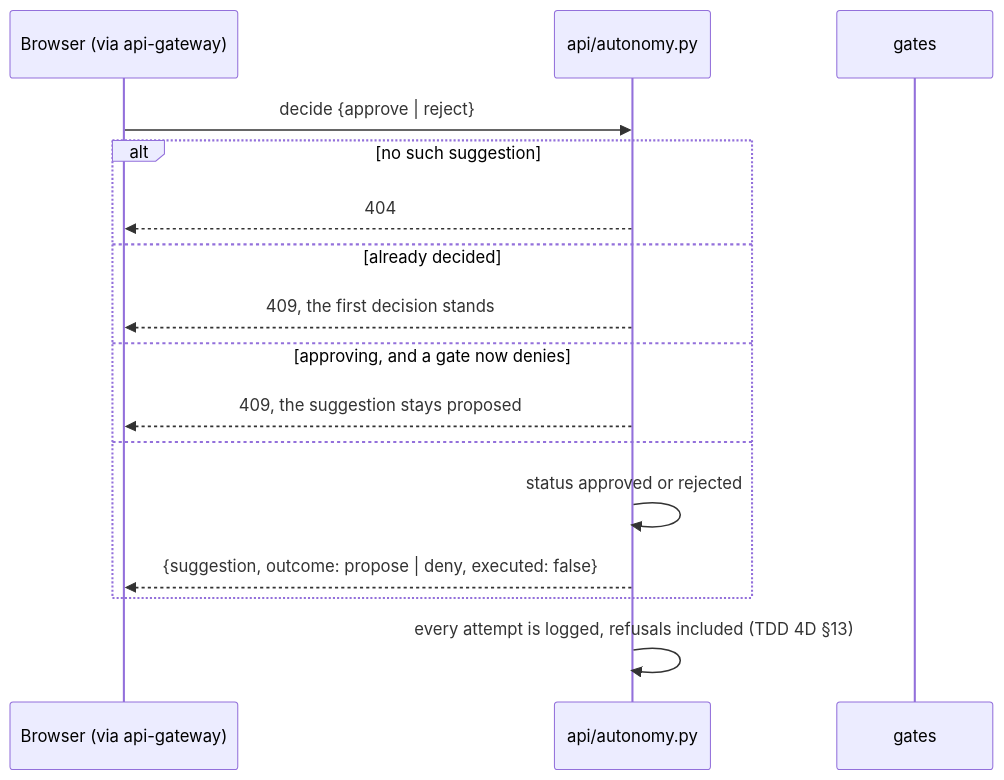
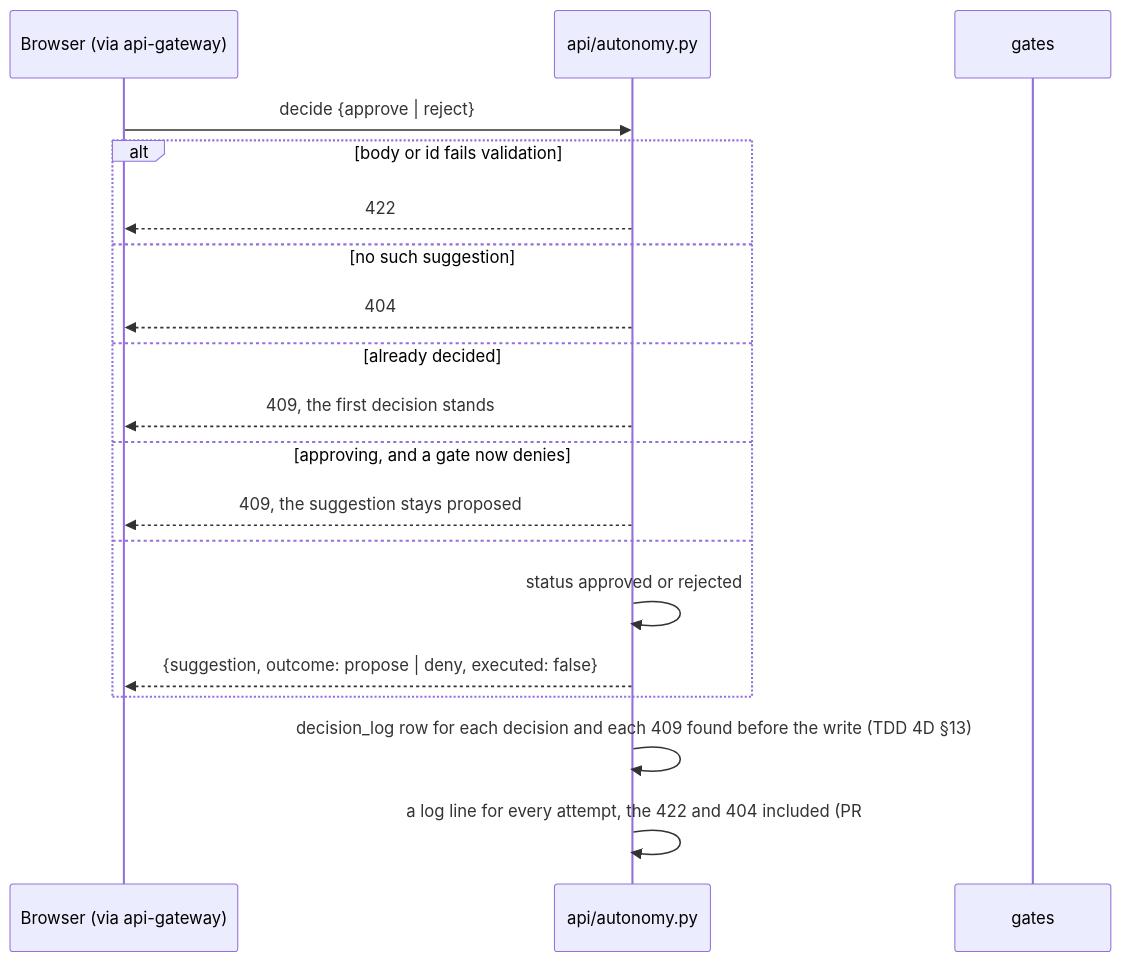
One commit to Tudor191/NOVA-PROJECT-BIBLE changed diagram 12 of 18 in docs/design/phase-4/14-subsystem-flows-and-components.md. Above: the diagram before and after it, drawn with Mermaid. The commit also changed other lines of this file and 2 other files, not shown here.

````diff
--- a/docs/design/phase-4/14-subsystem-flows-and-components.md
+++ b/docs/design/phase-4/14-subsystem-flows-and-components.md
@@ -358,18 +394,21 @@
 ```mermaid
 sequenceDiagram
   participant B as Browser (via api-gateway)
   participant R as api/autonomy.py
   participant D as gates
   B->>R: decide {approve | reject}
-  alt no such suggestion
+  alt body or id fails validation
+    R-->>B: 422
+  else no such suggestion
     R-->>B: 404
   else already decided
     R-->>B: 409, the first decision stands
   else approving, and a gate now denies
     R-->>B: 409, the suggestion stays proposed
   else
     R->>R: status approved or rejected
     R-->>B: {suggestion, outcome: propose | deny, executed: false}
   end
-  R->>R: every attempt is logged, refusals included (TDD 4D §13)
+  R->>R: decision_log row for each decision and each 409 found before the write (TDD 4D §13)
+  R->>R: a log line for every attempt, the 422 and 404 included (PR #45, merged)
 ```
````
